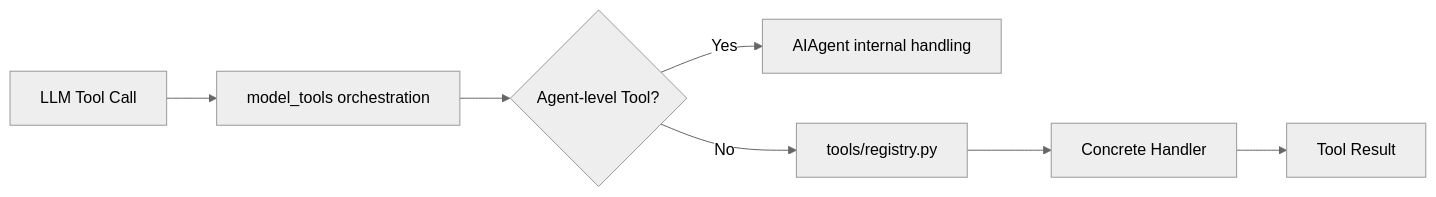
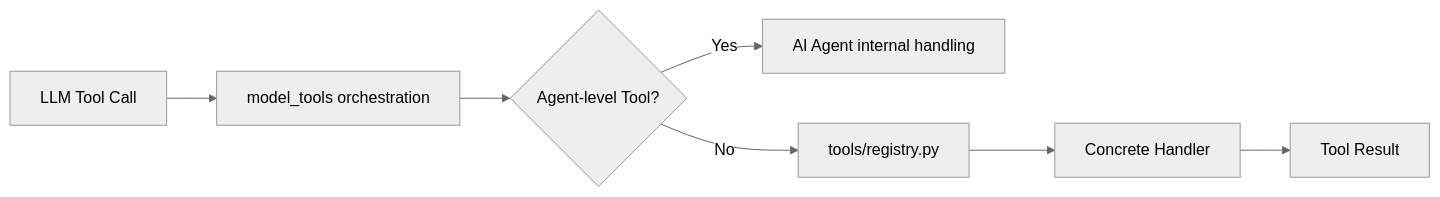
The third of 7 diagrams in 06-architecture.md (qixiaoz/hermes-agent-wiki), drawn with Mermaid (neutral theme) before and after one commit. The commit also changed other lines of this file, not shown here.

Commit message:
docs: use AI Agent as display name

````diff
--- a/06-architecture.md
+++ b/06-architecture.md
@@ -147,9 +147,9 @@
 ```mermaid
 flowchart LR
     L[LLM Tool Call] --> MT[model_tools orchestration]
     MT --> AL{Agent-level Tool?}
-    AL -- Yes --> A[AIAgent internal handling]
+    AL -- Yes --> A[AI Agent internal handling]
     AL -- No --> R[tools/registry.py]
     R --> H[Concrete Handler]
     H --> OUT[Tool Result]
 ```
````
